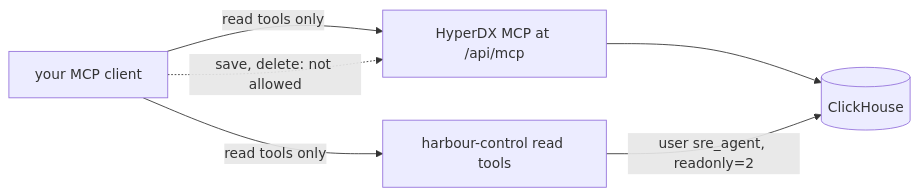
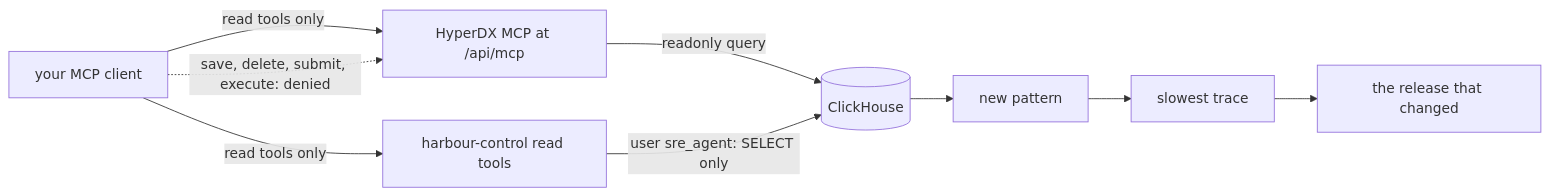
The diagram in parts/03-look-without-touching/README.md (learnwithparam/ai-sre), drawn with Mermaid before and after one commit. The commit also changed other lines of this file and 49 other files, not shown here.

````diff
--- a/parts/03-look-without-touching/README.md
+++ b/parts/03-look-without-touching/README.md
@@ -29,8 +36,9 @@
 ```mermaid
 flowchart LR
   A[your MCP client] -->|read tools only| H[HyperDX MCP at /api/mcp]
   A -->|read tools only| C[harbour-control read tools]
-  H --> CH[(ClickHouse)]
-  C -->|user sre_agent, readonly=2| CH
-  A -.->|save, delete: not allowed| H
+  H -->|readonly query| CH[(ClickHouse)]
+  C -->|user sre_agent: SELECT only| CH
+  A -.->|save, delete, submit, execute: denied| H
+  CH --> P[new pattern] --> T[slowest trace] --> R[the release that changed]
 ```
````
